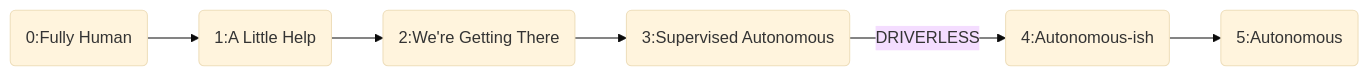
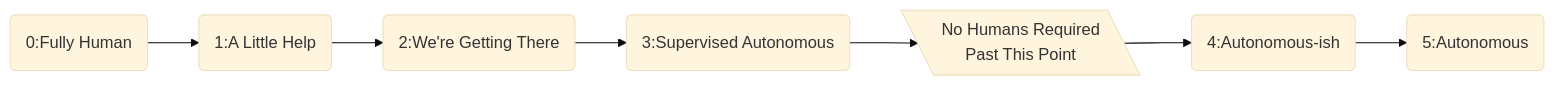
One commit to Grig84/ethics_fall2025 changed the diagram in _casestudy/00_index.md. Above: the diagram before and after it, drawn with Mermaid (base theme). The commit also changed other lines of this file and 8 other files, not shown here.

Commit message:
Update flow chart and add legislation

````diff
--- a/_casestudy/00_index.md
+++ b/_casestudy/00_index.md
@@ -12,8 +12,9 @@
 ```mermaid
 graph LR
 0(0:Fully Human) --> 1(1:A Little Help);
 1 --> 2(2:We're Getting There);
 2 --> 3(3:Supervised Autonomous);
-3 -- DRIVERLESS --> 4(4:Autonomous-ish);
+3 --> 6[\No Humans Required<br/>Past This Point\];
+6 --> 4(4:Autonomous-ish);
 4 --> 5(5:Autonomous);
 ```
````
